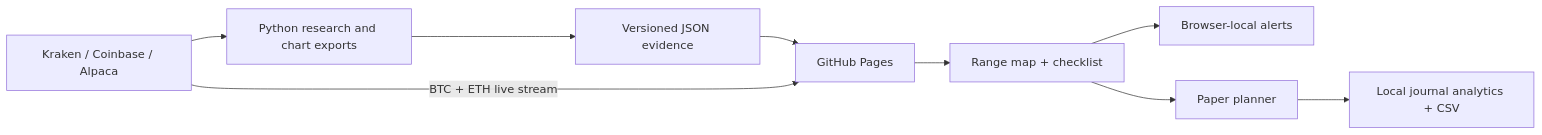
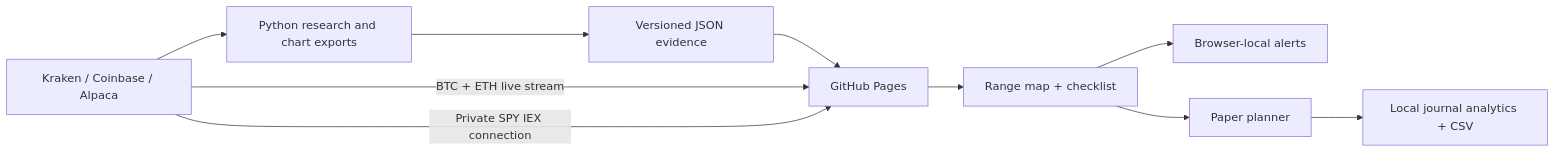
The diagram in README.md (WilliamAlexanderWilson/daily-levels), drawn with Mermaid before and after one commit. The commit also changed other lines of this file and 13 other files, not shown here.

Commit message:
Add private live SPY IEX stream with timely doji updates

````diff
--- a/README.md
+++ b/README.md
@@ -93,11 +96,12 @@
 ```mermaid
 flowchart LR
     A[Kraken / Coinbase / Alpaca] --> B[Python research and chart exports]
     B --> C[Versioned JSON evidence]
     C --> D[GitHub Pages]
     A -->|BTC + ETH live stream| D
+    A -->|Private SPY IEX connection| D
     D --> E[Range map + checklist]
     E --> F[Browser-local alerts]
     E --> G[Paper planner]
     G --> H[Local journal analytics + CSV]
 ```
````
